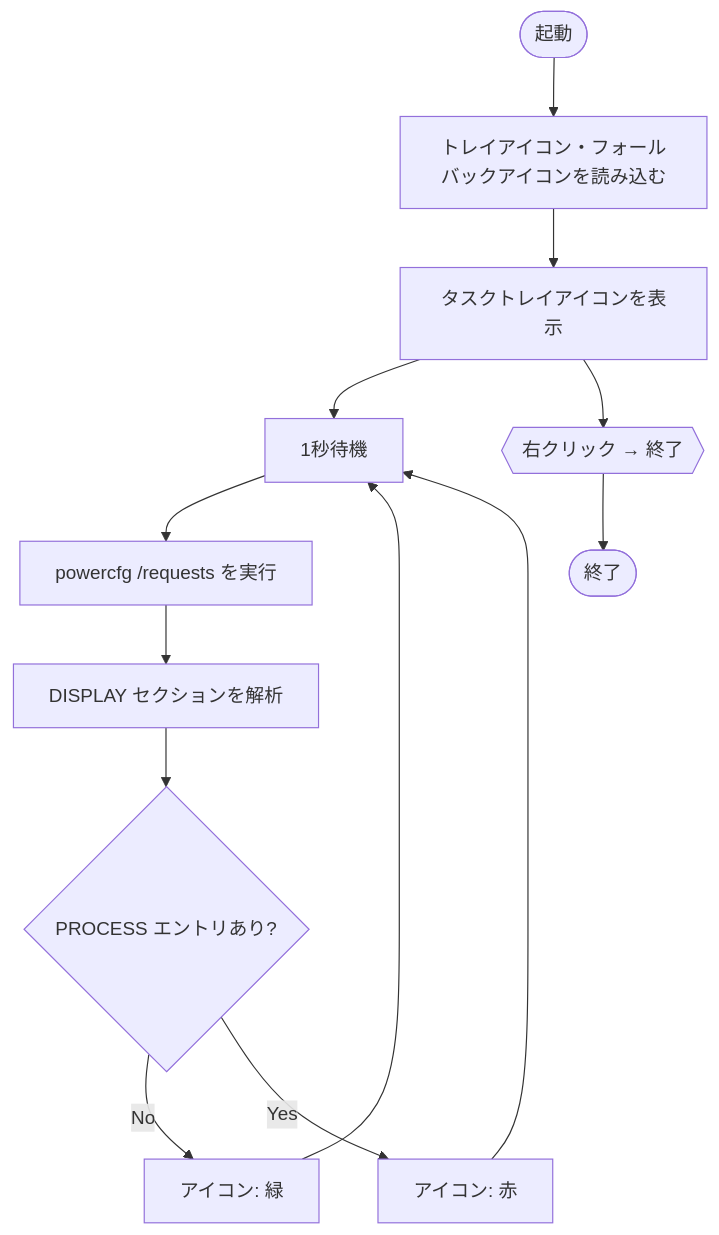
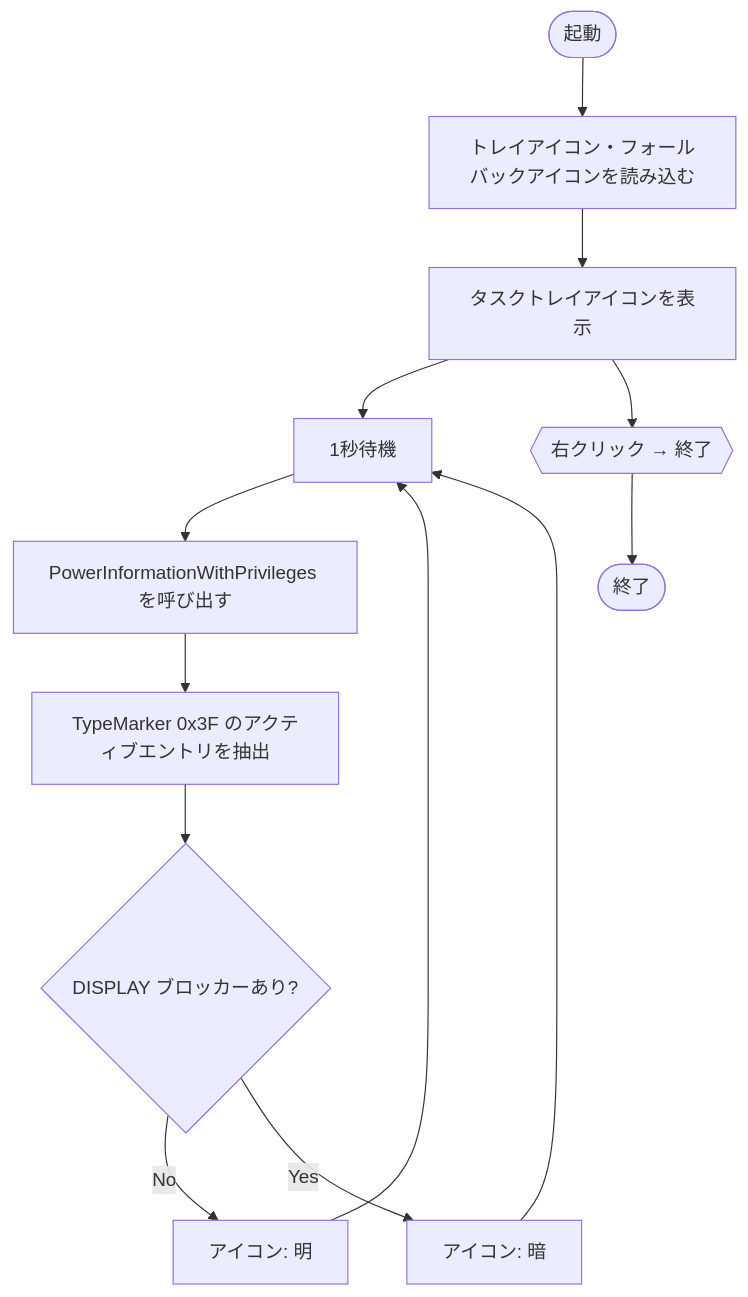
Before and after one commit to nnyj/WakeScope: the diagram in README.md, drawn with Mermaid. The commit also changed other lines of this file and 5 other files, not shown here.

````diff
--- a/README.md
+++ b/README.md
@@ -58,15 +58,15 @@
 ```mermaid
 flowchart TD
     A([起動]) --> B[トレイアイコン・フォールバックアイコンを読み込む]
     B --> C[タスクトレイアイコンを表示]
     C --> D[1秒待機]
-    D --> E[powercfg /requests を実行]
-    E --> F[DISPLAY セクションを解析]
-    F --> G{PROCESS エントリあり?}
-    G -- No --> H[アイコン: 緑]
-    G -- Yes --> I[アイコン: 赤]
+    D --> E[PowerInformationWithPrivileges を呼び出す]
+    E --> F[TypeMarker 0x3F のアクティブエントリを抽出]
+    F --> G{DISPLAY ブロッカーあり?}
+    G -- No --> H[アイコン: 明]
+    G -- Yes --> I[アイコン: 暗]
     H --> D
     I --> D
     C --> J{{右クリック → 終了}}
     J --> K([終了])
 ```
````
